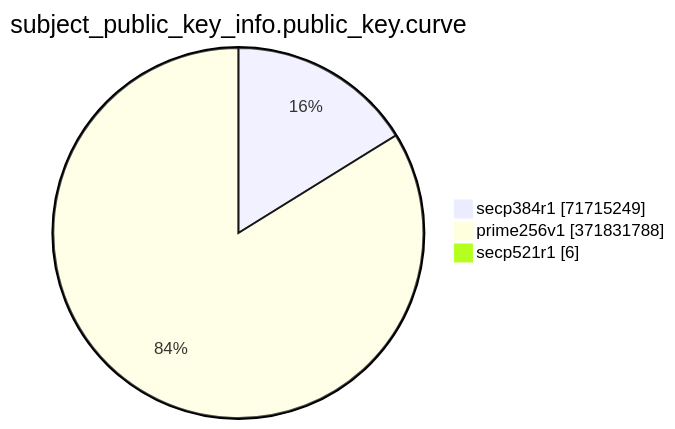
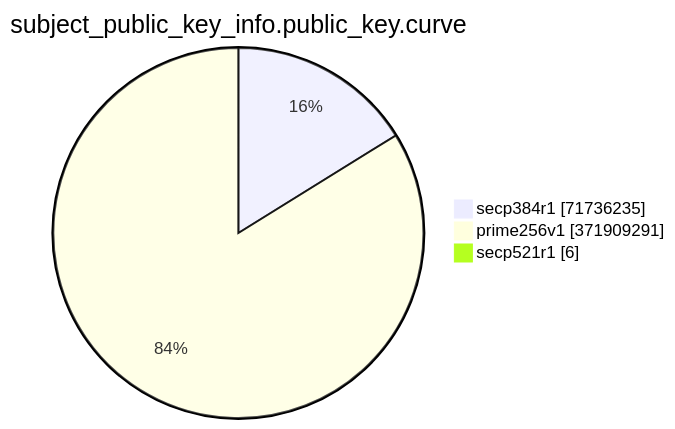
One commit to christiankrug/ctmonitor_visualization changed the eighth of 15 diagrams in TOTAL/README.md. Above: the diagram before and after it, drawn with Mermaid. The commit also changed other lines of this file, not shown here.

````diff
--- a/TOTAL/README.md
+++ b/TOTAL/README.md
@@ -3094,7 +3094,7 @@
 ```mermaid
 pie showData
 title subject_public_key_info.public_key.curve
-"secp384r1" :71715249
-"prime256v1" :371831788
+"secp384r1" :71736235
+"prime256v1" :371909291
 "secp521r1" :6
 ```
````
